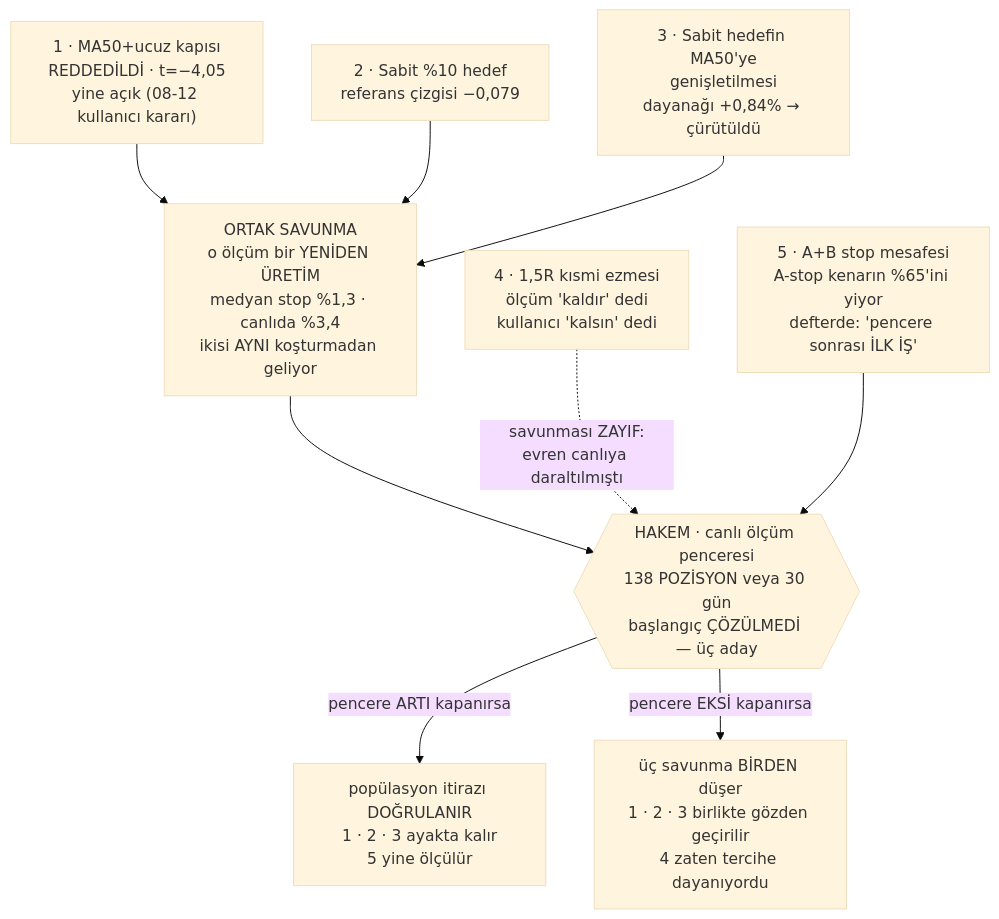
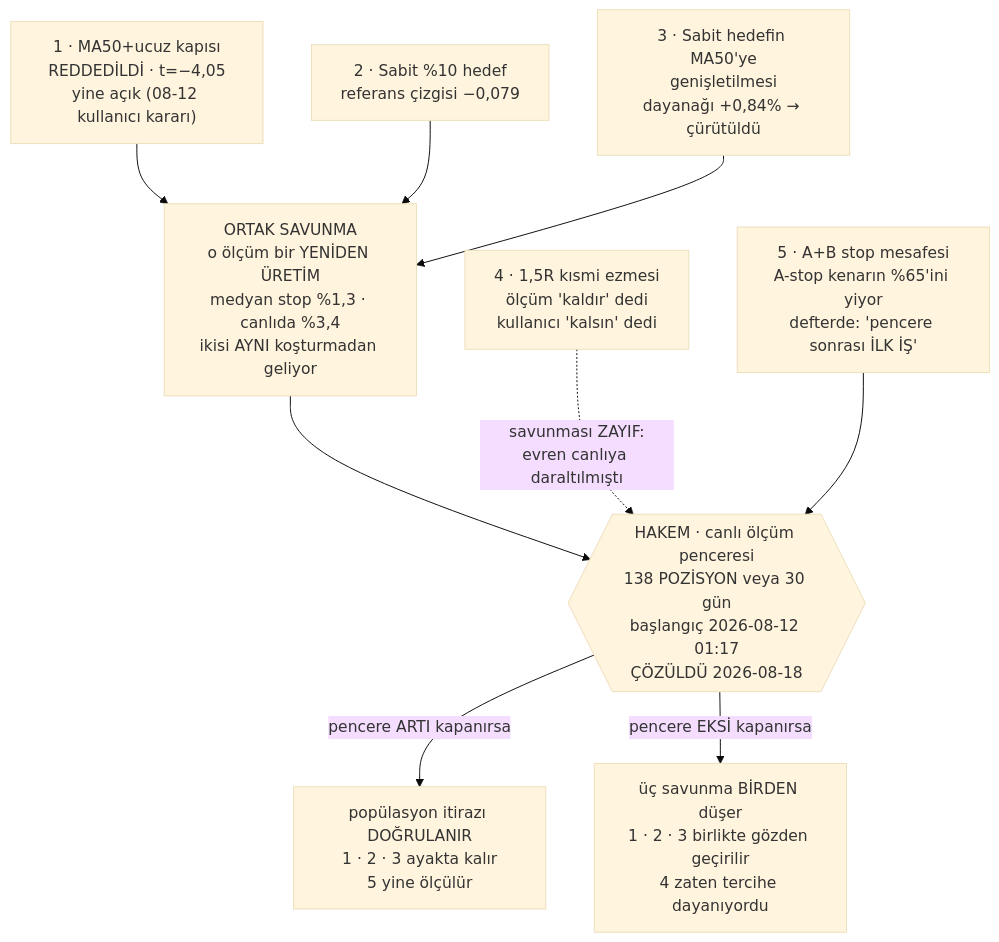
The diagram in durum.md (irisphotofethiye-bocici/kripto-trade), drawn with Mermaid (base theme) before and after one commit. The commit also changed other lines of this file and 2 other files, not shown here.

````diff
--- a/durum.md
+++ b/durum.md
@@ -118,20 +118,20 @@
 ```mermaid
 flowchart TD
     A["1 · MA50+ucuz kapısı<br/>REDDEDİLDİ · t=−4,05<br/>yine açık (08-12 kullanıcı kararı)"]
     B["2 · Sabit %10 hedef<br/>referans çizgisi −0,079"]
     C["3 · Sabit hedefin MA50'ye<br/>genişletilmesi<br/>dayanağı +0,84% → çürütüldü"]
     S["ORTAK SAVUNMA<br/>o ölçüm bir YENİDEN ÜRETİM<br/>medyan stop %1,3 · canlıda %3,4<br/>ikisi AYNI koşturmadan geliyor"]
     D["4 · 1,5R kısmi ezmesi<br/>ölçüm 'kaldır' dedi<br/>kullanıcı 'kalsın' dedi"]
     E["5 · A+B stop mesafesi<br/>A-stop kenarın %65'ini yiyor<br/>defterde: 'pencere sonrası İLK İŞ'"]
-    W{{"HAKEM · canlı ölçüm penceresi<br/>138 POZİSYON veya 30 gün<br/>başlangıç ÇÖZÜLMEDİ — üç aday"}}
+    W{{"HAKEM · canlı ölçüm penceresi<br/>138 POZİSYON veya 30 gün<br/>başlangıç 2026-08-12 01:17<br/>ÇÖZÜLDÜ 2026-08-18"}}
     P["popülasyon itirazı DOĞRULANIR<br/>1 · 2 · 3 ayakta kalır<br/>5 yine ölçülür"]
     M["üç savunma BİRDEN düşer<br/>1 · 2 · 3 birlikte gözden geçirilir<br/>4 zaten tercihe dayanıyordu"]
     A --> S
     B --> S
     C --> S
     S --> W
     D -. "savunması ZAYIF:<br/>evren canlıya daraltılmıştı" .-> W
     E --> W
     W -- "pencere ARTI kapanırsa" --> P
     W -- "pencere EKSİ kapanırsa" --> M
 ```
````
